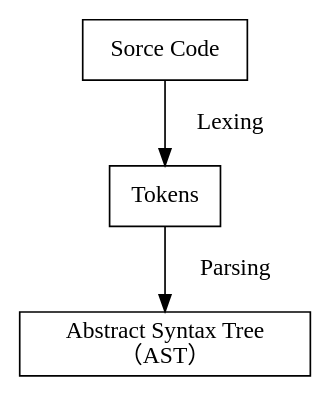
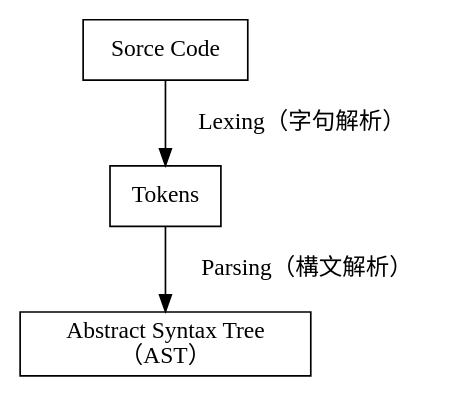
The first of 3 diagrams in Writing_an_Interpreter_in_GO.md (Koheki/WaIiG), drawn with Graphviz before and after one commit. The commit also changed other lines of this file and 3 other files, not shown here.

````diff
--- a/Writing_an_Interpreter_in_GO.md
+++ b/Writing_an_Interpreter_in_GO.md
@@ -2,12 +2,12 @@
 ```dot
 digraph {
     node [shape=box];
 
     A[label="Sorce Code"];
     B[label="Tokens"];
     C[label="Abstract Syntax Tree \n（AST）"];
 
-    A->B[label="    Lexing"];
-    B->C[label="    Parsing"];
+    A->B[label="    Lexing（字句解析）"];
+    B->C[label="    Parsing（構文解析）"];
 }
 ```
````
